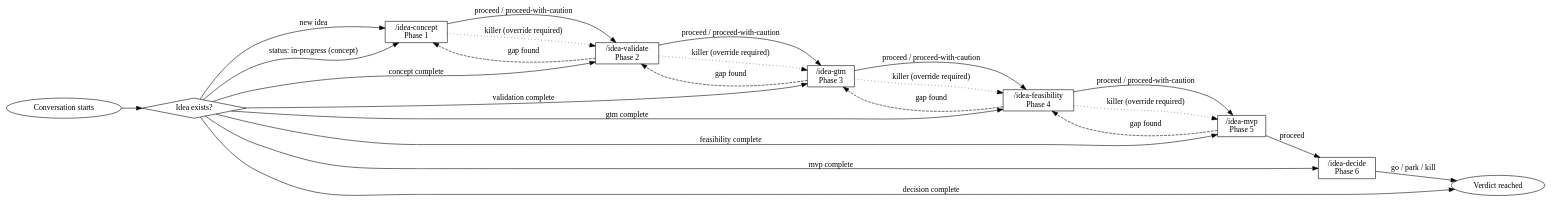
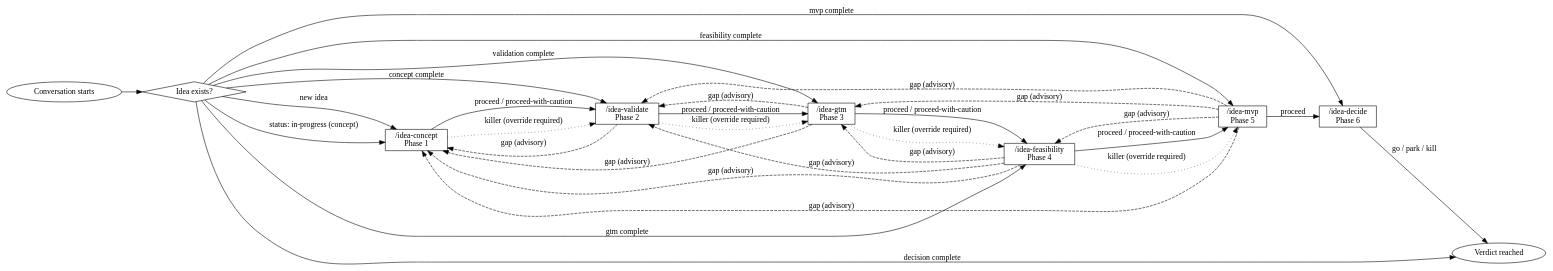
One commit to sticatz/eureka changed the diagram in skills/idea-start/SKILL.md. Above: the diagram before and after it, drawn with Graphviz. The commit also changed other lines of this file and 9 other files, not shown here.

First line of the commit message:
fix(gaps): tighten depth-gap protocol across skills

````diff
--- a/skills/idea-start/SKILL.md
+++ b/skills/idea-start/SKILL.md
@@ -60,43 +61,49 @@
 ```dot
 digraph idea_flow {
     rankdir=LR;
     node [shape=box];
 
     start [label="Conversation starts" shape=ellipse];
     check [label="Idea exists?" shape=diamond];
     concept [label="/idea-concept\nPhase 1"];
     validate [label="/idea-validate\nPhase 2"];
     gtm [label="/idea-gtm\nPhase 3"];
     feasibility [label="/idea-feasibility\nPhase 4"];
     mvp [label="/idea-mvp\nPhase 5"];
     decide [label="/idea-decide\nPhase 6"];
     done [label="Verdict reached" shape=ellipse];
 
     start -> check;
     check -> concept [label="new idea"];
     check -> concept [label="status: in-progress (concept)"];
     check -> validate [label="concept complete"];
     check -> gtm [label="validation complete"];
     check -> feasibility [label="gtm complete"];
     check -> mvp [label="feasibility complete"];
     check -> decide [label="mvp complete"];
     check -> done [label="decision complete"];
 
     concept -> validate [label="proceed / proceed-with-caution"];
     concept -> validate [label="killer (override required)" style=dotted];
     validate -> gtm [label="proceed / proceed-with-caution"];
     validate -> gtm [label="killer (override required)" style=dotted];
     gtm -> feasibility [label="proceed / proceed-with-caution"];
     gtm -> feasibility [label="killer (override required)" style=dotted];
     feasibility -> mvp [label="proceed / proceed-with-caution"];
     feasibility -> mvp [label="killer (override required)" style=dotted];
     mvp -> decide [label="proceed"];
     decide -> done [label="go / park / kill"];
 
-    // Back-arrows (advisory)
-    validate -> concept [label="gap found" style=dashed];
-    gtm -> validate [label="gap found" style=dashed];
-    feasibility -> gtm [label="gap found" style=dashed];
-    mvp -> feasibility [label="gap found" style=dashed];
+    // Back-arrows (advisory) — gaps may point to any earlier phase
+    validate -> concept [label="gap (advisory)" style=dashed];
+    gtm -> concept [label="gap (advisory)" style=dashed];
+    gtm -> validate [label="gap (advisory)" style=dashed];
+    feasibility -> concept [label="gap (advisory)" style=dashed];
+    feasibility -> validate [label="gap (advisory)" style=dashed];
+    feasibility -> gtm [label="gap (advisory)" style=dashed];
+    mvp -> concept [label="gap (advisory)" style=dashed];
+    mvp -> validate [label="gap (advisory)" style=dashed];
+    mvp -> gtm [label="gap (advisory)" style=dashed];
+    mvp -> feasibility [label="gap (advisory)" style=dashed];
 }
 ```
````
